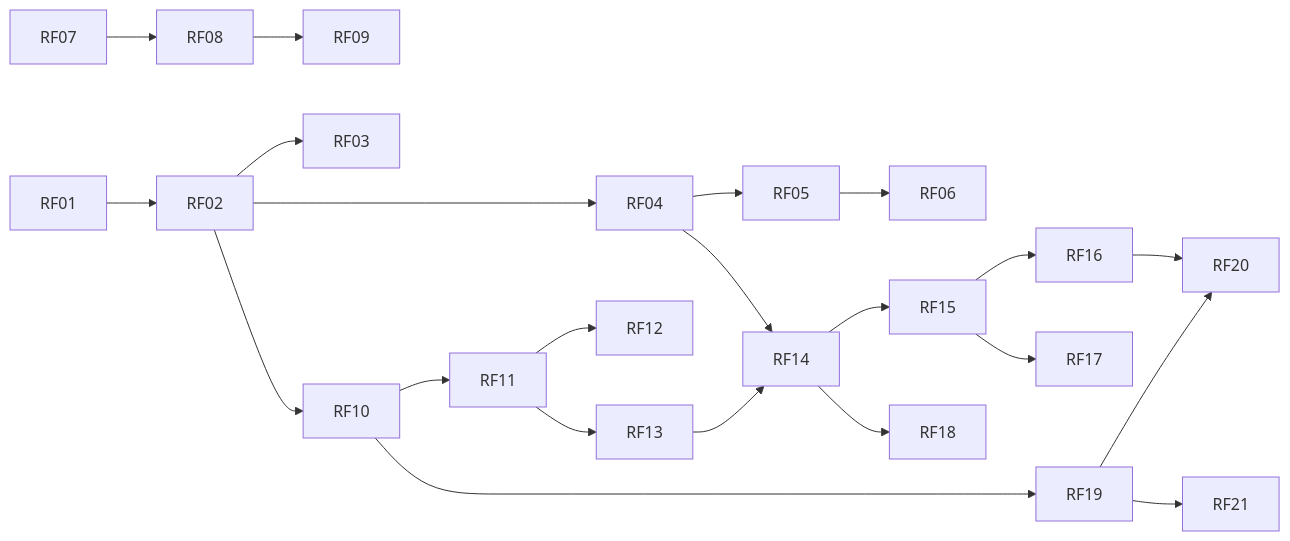
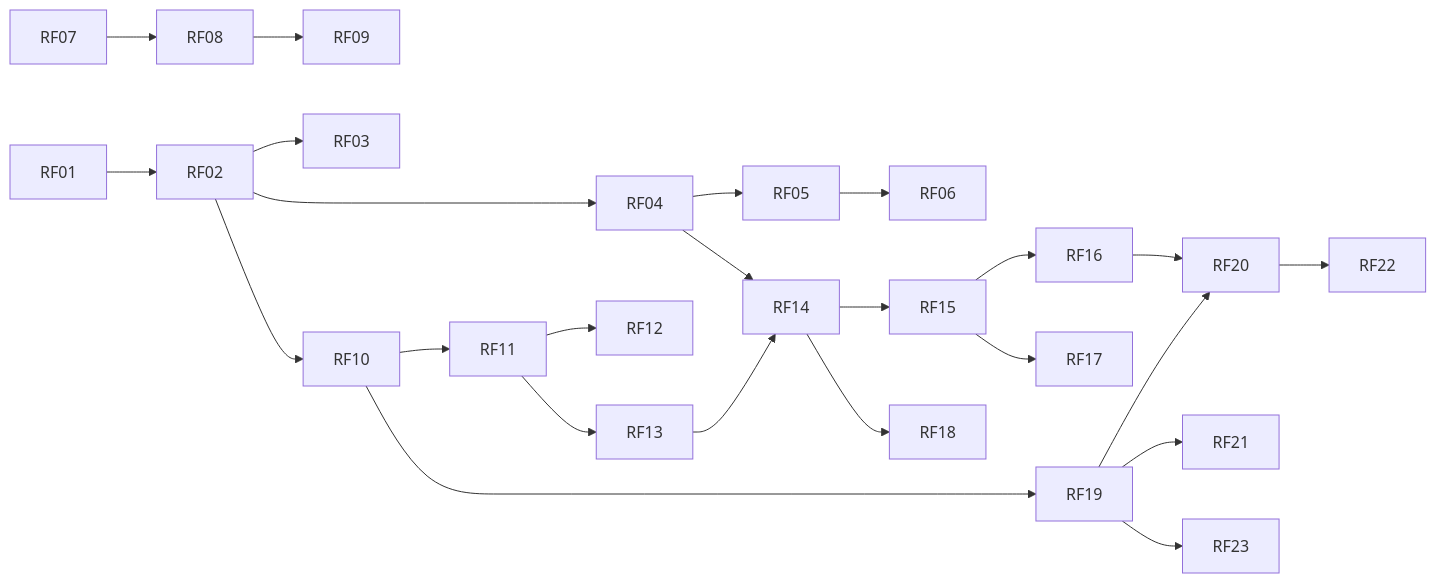
The diagram in docs/requisitos.md (frnnd95/agorahub-app), drawn with Mermaid before and after one commit. The commit also changed other lines of this file, not shown here.

````diff
--- a/docs/requisitos.md
+++ b/docs/requisitos.md
@@ -168,14 +172,16 @@
 ```mermaid
 flowchart LR
     RF01 --> RF02 --> RF03
     RF02 --> RF04 --> RF05 --> RF06
     RF07 --> RF08 --> RF09
     RF02 --> RF10 --> RF11 --> RF12
     RF11 --> RF13 --> RF14
     RF04 --> RF14
     RF14 --> RF15 --> RF16 --> RF20
     RF15 --> RF17
     RF14 --> RF18
     RF10 --> RF19 --> RF20
     RF19 --> RF21
+    RF20 --> RF22
+    RF19 --> RF23
 ```
````
